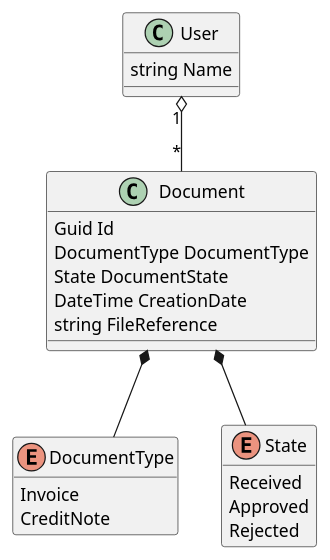
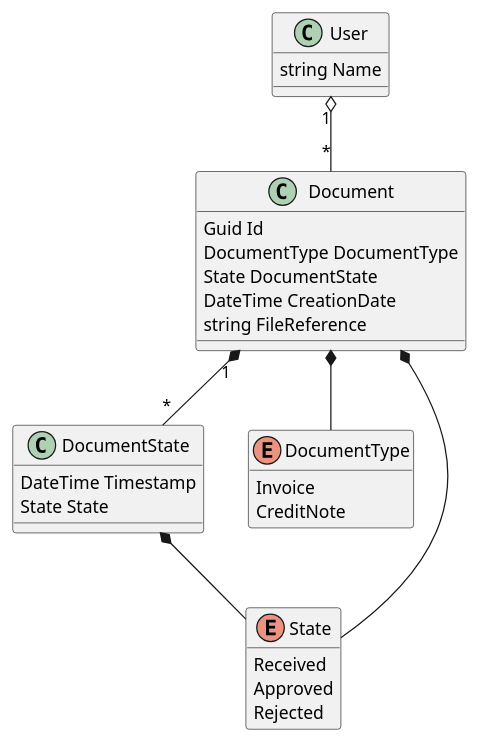
One commit to oanabratu/oana-sproom-inbox-case changed the second of 2 diagrams in Diagrams.puml. Above: the diagram before and after it, drawn with PlantUML. The commit also changed 4 other files, not shown here.

Commit message:
Improve description and diagrams

```diff
--- a/Diagrams.puml
+++ b/Diagrams.puml
@@ -29,31 +29,38 @@
 @startuml "Classes"
 hide enum methods
 
 class User {
     string Name
 }
 
 class Document {
     Guid Id
     DocumentType DocumentType
     State DocumentState
     DateTime CreationDate
     string FileReference
+}
+
+class DocumentState {
+    DateTime Timestamp
+    State State
 }
 
 enum DocumentType {
     Invoice
     CreditNote
 }
 
 enum State {
     Received
     Approved
     Rejected
 }
 
 User "1" o-- "*" Document
 Document *-- DocumentType
 Document *-- State
+Document "1" *-- "*" DocumentState
+DocumentState *-- State
 
 @enduml
```
